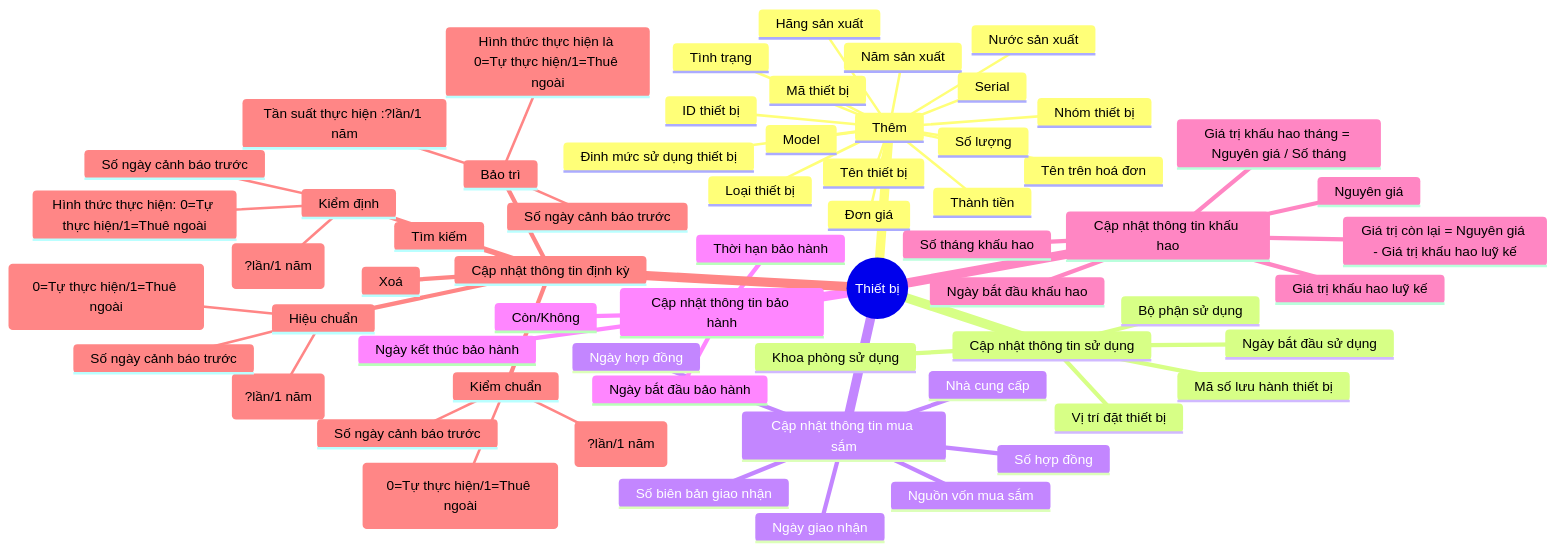
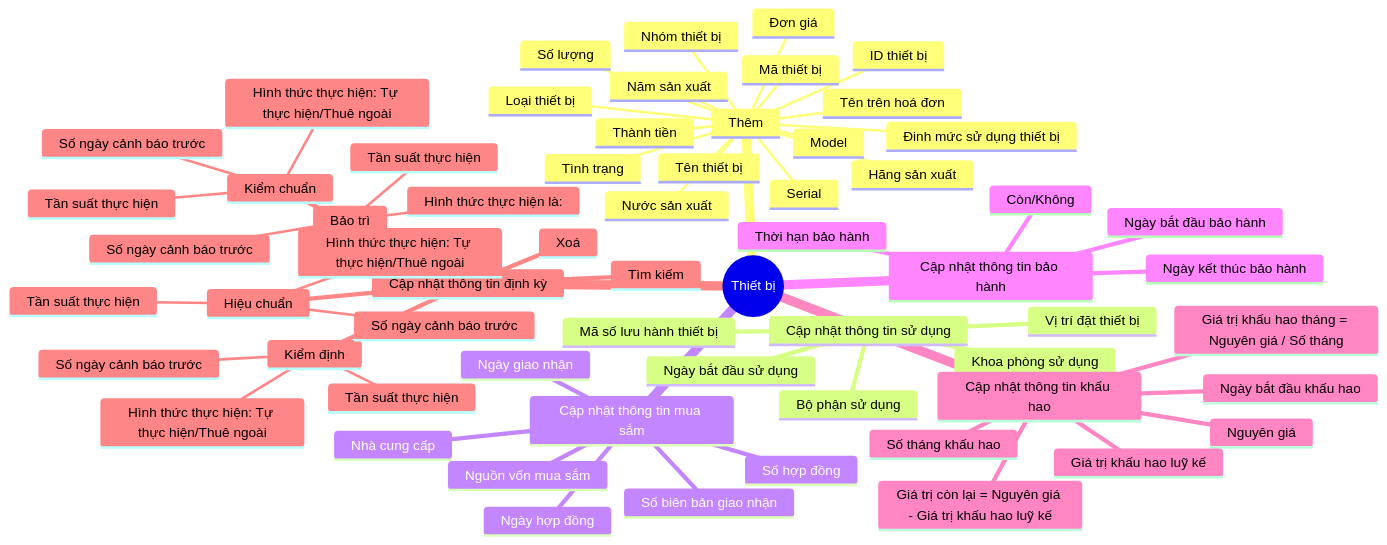
One commit to nthanhdo/mems-brainstorm changed the diagram in mindmap-thietbi.md. Above: the diagram before and after it, drawn with Mermaid.

````diff
--- a/mindmap-thietbi.md
+++ b/mindmap-thietbi.md
@@ -1,67 +1,67 @@
 ```mermaid
 mindmap
   root((Thiết bị))
       Thêm
         ID thiết bị
         Mã thiết bị
         Tên thiết bị
         Tên trên hoá đơn
         Loại thiết bị
         Nhóm thiết bị
         Đinh mức sử dụng thiết bị
         Hãng sản xuất
         Nước sản xuất
         Năm sản xuất
         Model
         Serial
         Số lượng
         Đơn giá
         Thành tiền
         Tình trạng
     Cập nhật thông tin sử dụng
         Khoa phòng sử dụng
         Bộ phận sử dụng
         Ngày bắt đầu sử dụng
         Vị trí đặt thiết bị
         Mã số lưu hành thiết bị
     Cập nhật thông tin mua sắm
         Nhà cung cấp
         Số hợp đồng
         Ngày hợp đồng
         Số biên bản giao nhận
         Ngày giao nhận
         Nguồn vốn mua sắm
     Cập nhật thông tin bảo hành
         Còn/Không
         Thời hạn bảo hành
         Ngày bắt đầu bảo hành
         Ngày kết thúc bảo hành
     Cập nhật thông tin khấu hao
         Nguyên giá
         Số tháng khấu hao
         Ngày bắt đầu khấu hao
         Giá trị khấu hao tháng = Nguyên giá / Số tháng
         Giá trị khấu hao luỹ kế
         Giá trị còn lại = Nguyên giá - Giá trị khấu hao luỹ kế
     Cập nhật thông tin định kỳ
         Bảo trì
-            Hình thức thực hiện là 0=Tự thực hiện/1=Thuê ngoài
-            Tần suất thực hiện :?lần/1 năm
+            Hình thức thực hiện là: 
+            Tần suất thực hiện
             Số ngày cảnh báo trước
         Kiểm định
-            Hình thức thực hiện: 0=Tự thực hiện/1=Thuê ngoài
-            Tần suất thực hiện (?lần/1 năm)
+            Hình thức thực hiện: Tự thực hiện/Thuê ngoài
+            Tần suất thực hiện
             Số ngày cảnh báo trước
         Hiệu chuẩn
-            Hình thức thực hiện (0=Tự thực hiện/1=Thuê ngoài)
-            Tần suất thực hiện (?lần/1 năm)
+            Hình thức thực hiện: Tự thực hiện/Thuê ngoài
+            Tần suất thực hiện
             Số ngày cảnh báo trước
         Kiểm chuẩn
-            Hình thức thực hiện (0=Tự thực hiện/1=Thuê ngoài)
-            Tần suất thực hiện (?lần/1 năm)
+            Hình thức thực hiện: Tự thực hiện/Thuê ngoài
+            Tần suất thực hiện
             Số ngày cảnh báo trước
       Xoá
         
       Tìm kiếm
       
 ```
````
